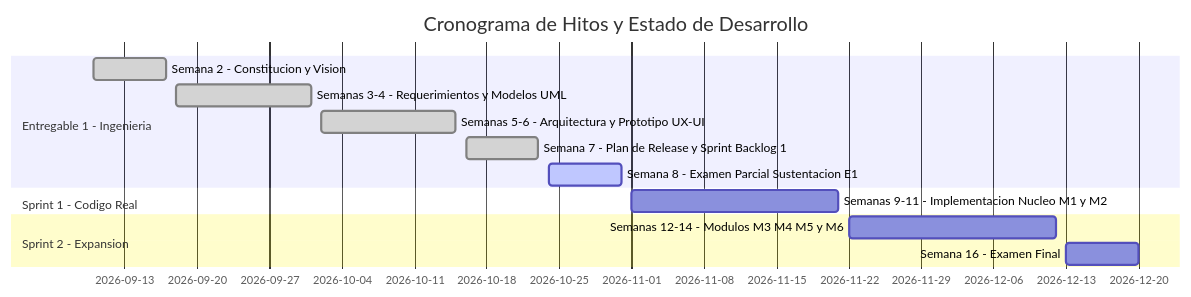
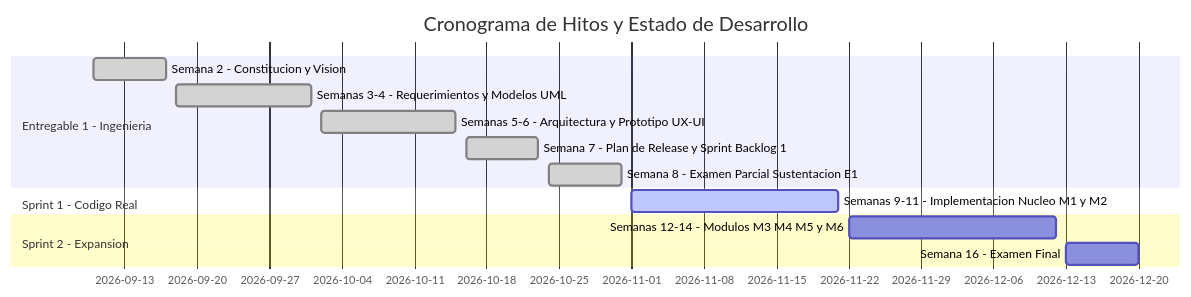
The diagram in README.md (carlosfer3/sistema-clinica), drawn with Mermaid before and after one commit. The commit also changed other lines of this file, not shown here.

````diff
--- a/README.md
+++ b/README.md
@@ -38,16 +38,16 @@
 ```mermaid
 gantt
     title Cronograma de Hitos y Estado de Desarrollo
     dateFormat YYYY-MM-DD
     section Entregable 1 - Ingenieria
     Semana 2 - Constitucion y Vision               :done, w2, 2026-09-10, 2026-09-17
     Semanas 3-4 - Requerimientos y Modelos UML     :done, w3, 2026-09-18, 2026-10-01
     Semanas 5-6 - Arquitectura y Prototipo UX-UI   :done, w5, 2026-10-02, 2026-10-15
     Semana 7 - Plan de Release y Sprint Backlog 1  :done, w7, 2026-10-16, 2026-10-23
-    Semana 8 - Examen Parcial Sustentacion E1      :active, w8, 2026-10-24, 2026-10-31
+    Semana 8 - Examen Parcial Sustentacion E1      :done, w8, 2026-10-24, 2026-10-31
     section Sprint 1 - Codigo Real
-    Semanas 9-11 - Implementacion Nucleo M1 y M2   :w9, 2026-11-01, 2026-11-21
+    Semanas 9-11 - Implementacion Nucleo M1 y M2   :active, w9, 2026-11-01, 2026-11-21
     section Sprint 2 - Expansion
     Semanas 12-14 - Modulos M3 M4 M5 y M6          :w12, 2026-11-22, 2026-12-12
     Semana 16 - Examen Final                       :w16, 2026-12-13, 2026-12-20
 ```
````
